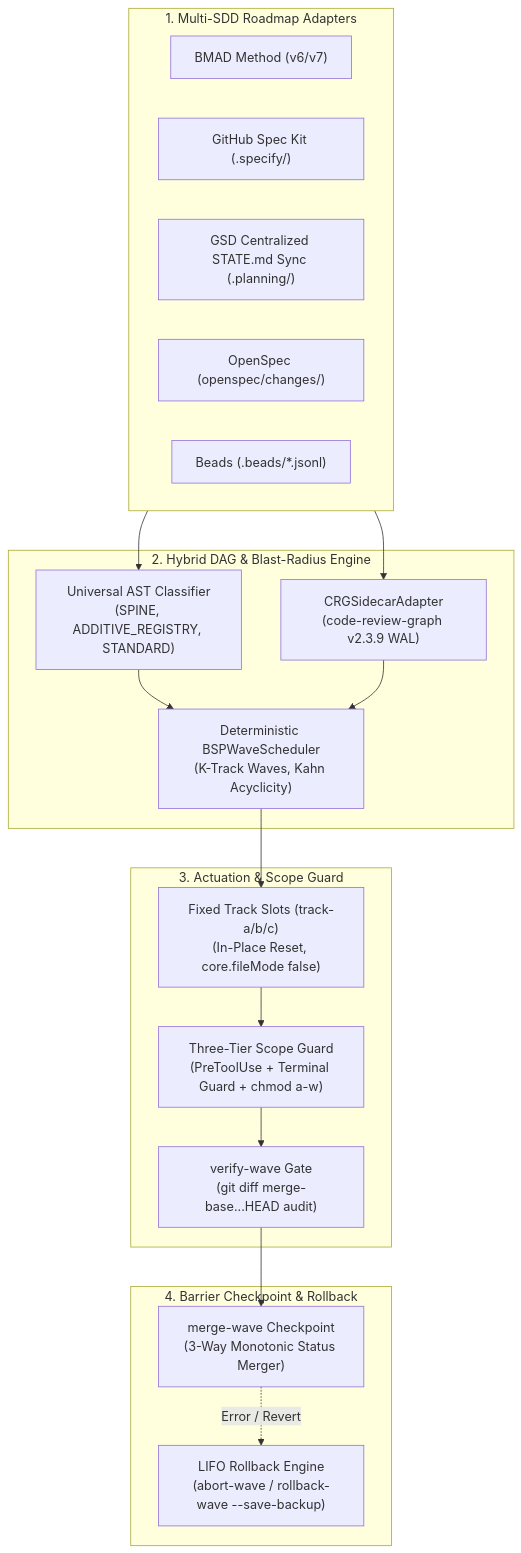
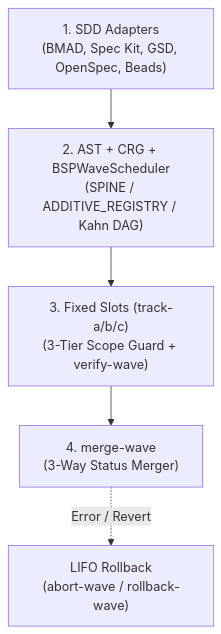
The diagram in README.md (stopActingSoSmall/sdd-parallel), drawn with Mermaid before and after one commit. The commit also changed other lines of this file and 8 other files, not shown here.

````diff
--- a/README.md
+++ b/README.md
@@ -638,34 +238,7 @@
 ```mermaid
 flowchart TD
-    subgraph Inputs["1. Multi-SDD Roadmap Adapters"]
-        BMAD["BMAD Method (v6/v7)"]
-        SpecKit["GitHub Spec Kit (.specify/)"]
-        GSD["GSD Centralized STATE.md Sync (.planning/)"]
-        OpenSpec["OpenSpec (openspec/changes/)"]
-        Beads["Beads (.beads/*.jsonl)"]
-    end
-
-    subgraph Engine["2. Hybrid DAG & Blast-Radius Engine"]
-        AST["Universal AST Classifier\n(SPINE, ADDITIVE_REGISTRY, STANDARD)"]
-        CRG["CRGSidecarAdapter\n(code-review-graph v2.3.9 WAL)"]
-        BSP["Deterministic BSPWaveScheduler\n(K-Track Waves, Kahn Acyclicity)"]
-    end
-
-    subgraph Actuation["3. Actuation & Scope Guard"]
-        Slots["Fixed Track Slots (track-a/b/c)\n(In-Place Reset, core.fileMode false)"]
-        Guard["Three-Tier Scope Guard\n(PreToolUse + Terminal Guard + chmod a-w)"]
-        Verify["verify-wave Gate\n(git diff merge-base...HEAD audit)"]
-    end
-
-    subgraph Barrier["4. Barrier Checkpoint & Rollback"]
-        Merge["merge-wave Checkpoint\n(3-Way Monotonic Status Merger)"]
-        Rollback["LIFO Rollback Engine\n(abort-wave / rollback-wave --save-backup)"]
-    end
-
-    Inputs --> AST & CRG
-    AST & CRG --> BSP
-    BSP --> Slots
-    Slots --> Guard --> Verify
-    Verify --> Merge
-    Merge -. Error / Revert .-> Rollback
+    Inputs["1. SDD Adapters\n(BMAD, Spec Kit, GSD, OpenSpec, Beads)"] --> Engine["2. AST + CRG + BSPWaveScheduler\n(SPINE / ADDITIVE_REGISTRY / Kahn DAG)"]
+    Engine --> Actuation["3. Fixed Slots (track-a/b/c)\n(3-Tier Scope Guard + verify-wave)"]
+    Actuation --> Barrier["4. merge-wave\n(3-Way Status Merger)"]
+    Barrier -. Error / Revert .-> Rollback["LIFO Rollback\n(abort-wave / rollback-wave)"]
 ```
````
